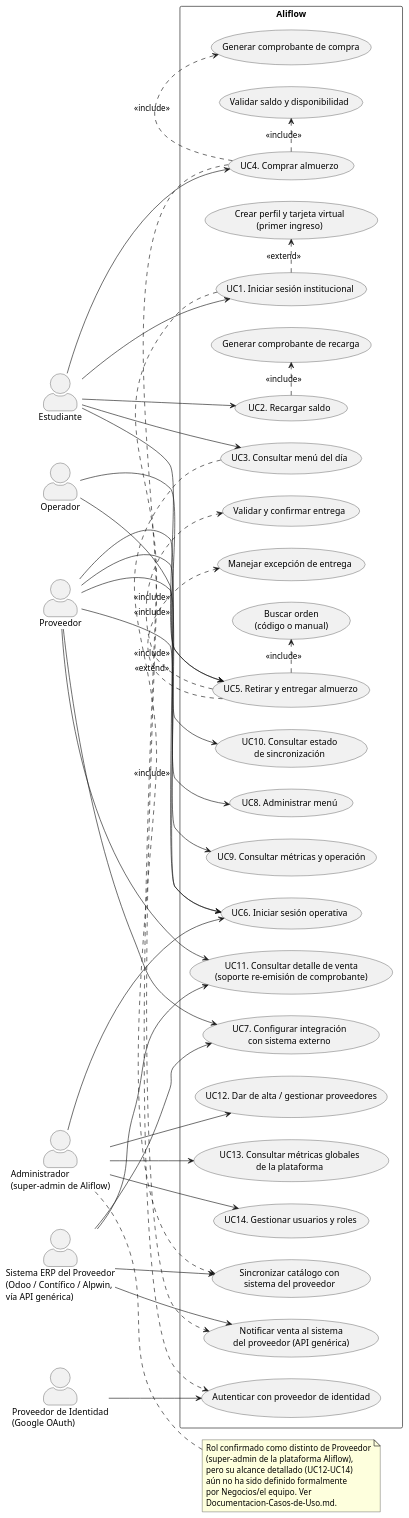
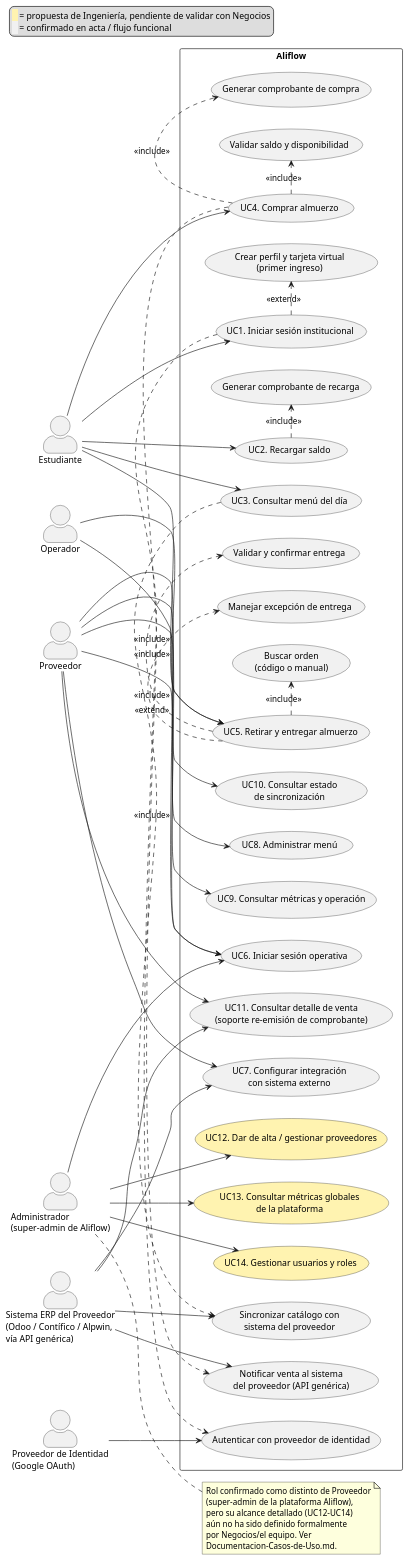
Before and after one commit to Jesus-JB/aliflow: the diagram in uml/casos-de-uso.puml, drawn with PlantUML. The commit also changed 11 other files, not shown here.

```diff
--- a/uml/casos-de-uso.puml
+++ b/uml/casos-de-uso.puml
@@ -1,109 +1,116 @@
 @startuml casos-de-uso-aliflow
 
 left to right direction
 skinparam packageStyle rectangle
 skinparam actorStyle awesome
+
+' Convención visual: amarillo = propuesta de Ingeniería, pendiente de
+' validar con Negocios. Ver Documentacion-Casos-de-Uso.md.
+legend top left
+  <back:#FFF3B0>  </back> = propuesta de Ingeniería, pendiente de validar con Negocios
+  <back:#F1F1F1>  </back> = confirmado en acta / flujo funcional
+endlegend
 
 actor Estudiante as EST
 actor Proveedor as PROV
 actor Operador as OP
 actor "Administrador\n(super-admin de Aliflow)" as ADMIN
 actor "Proveedor de Identidad\n(Google OAuth)" as IDP
 actor "Sistema ERP del Proveedor\n(Odoo / Contífico / Alpwin,\nvía API genérica)" as ERP
 
 rectangle "Aliflow" {
 
   ' ---- Estudiante ----
   usecase "UC1. Iniciar sesión institucional" as UC1
   usecase "Autenticar con proveedor de identidad" as UC1a
   usecase "Crear perfil y tarjeta virtual\n(primer ingreso)" as UC1b
 
   usecase "UC2. Recargar saldo" as UC2
   usecase "Generar comprobante de recarga" as UC2a
 
   usecase "UC3. Consultar menú del día" as UC3
   usecase "Sincronizar catálogo con\nsistema del proveedor" as UC3a
 
   usecase "UC4. Comprar almuerzo" as UC4
   usecase "Validar saldo y disponibilidad" as UC4a
   usecase "Generar comprobante de compra" as UC4b
   usecase "Notificar venta al sistema\ndel proveedor (API genérica)" as UC4c
 
   usecase "UC5. Retirar y entregar almuerzo" as UC5
   usecase "Buscar orden\n(código o manual)" as UC5a
   usecase "Validar y confirmar entrega" as UC5b
   usecase "Manejar excepción de entrega" as UC5c
 
   ' ---- Proveedor / Operador ----
   usecase "UC6. Iniciar sesión operativa" as UC6
 
   usecase "UC7. Configurar integración\ncon sistema externo" as UC7
 
   usecase "UC8. Administrar menú" as UC8
 
   usecase "UC9. Consultar métricas y operación" as UC9
 
   usecase "UC10. Consultar estado\nde sincronización" as UC10
 
   usecase "UC11. Consultar detalle de venta\n(soporte re-emisión de comprobante)" as UC11
 
   ' ---- Administrador (pendiente de definición detallada, ver documentación) ----
-  usecase "UC12. Dar de alta / gestionar proveedores" as UC12
-  usecase "UC13. Consultar métricas globales\nde la plataforma" as UC13
-  usecase "UC14. Gestionar usuarios y roles" as UC14
+  usecase "UC12. Dar de alta / gestionar proveedores" as UC12 #FFF3B0
+  usecase "UC13. Consultar métricas globales\nde la plataforma" as UC13 #FFF3B0
+  usecase "UC14. Gestionar usuarios y roles" as UC14 #FFF3B0
 }
 
 ' ---- Asociaciones actor - caso de uso ----
 EST --> UC1
 EST --> UC2
 EST --> UC3
 EST --> UC4
 EST --> UC5
 
 OP --> UC5
 OP --> UC6
 
 PROV --> UC6
 PROV --> UC7
 PROV --> UC8
 PROV --> UC9
 PROV --> UC10
 PROV --> UC11
 
 IDP --> UC1a
 ERP --> UC3a
 ERP --> UC4c
 ERP --> UC7
 ERP --> UC11
 
 ADMIN --> UC12
 ADMIN --> UC13
 ADMIN --> UC14
 ADMIN --> UC6
 
 ' ---- Include / Extend ----
 UC1 .> UC1a : <<include>>
 UC1 .> UC1b : <<extend>>
 
 UC2 .> UC2a : <<include>>
 
 UC3 .> UC3a : <<include>>
 
 UC4 .> UC4a : <<include>>
 UC4 .> UC4b : <<include>>
 UC4 .> UC4c : <<include>>
 
 UC5 .> UC5a : <<include>>
 UC5 .> UC5b : <<include>>
 UC5 .> UC5c : <<extend>>
 
 note right of ADMIN
   Rol confirmado como distinto de Proveedor
   (super-admin de la plataforma Aliflow),
   pero su alcance detallado (UC12-UC14)
   aún no ha sido definido formalmente
   por Negocios/el equipo. Ver
   Documentacion-Casos-de-Uso.md.
 end note
 
 @enduml
```
